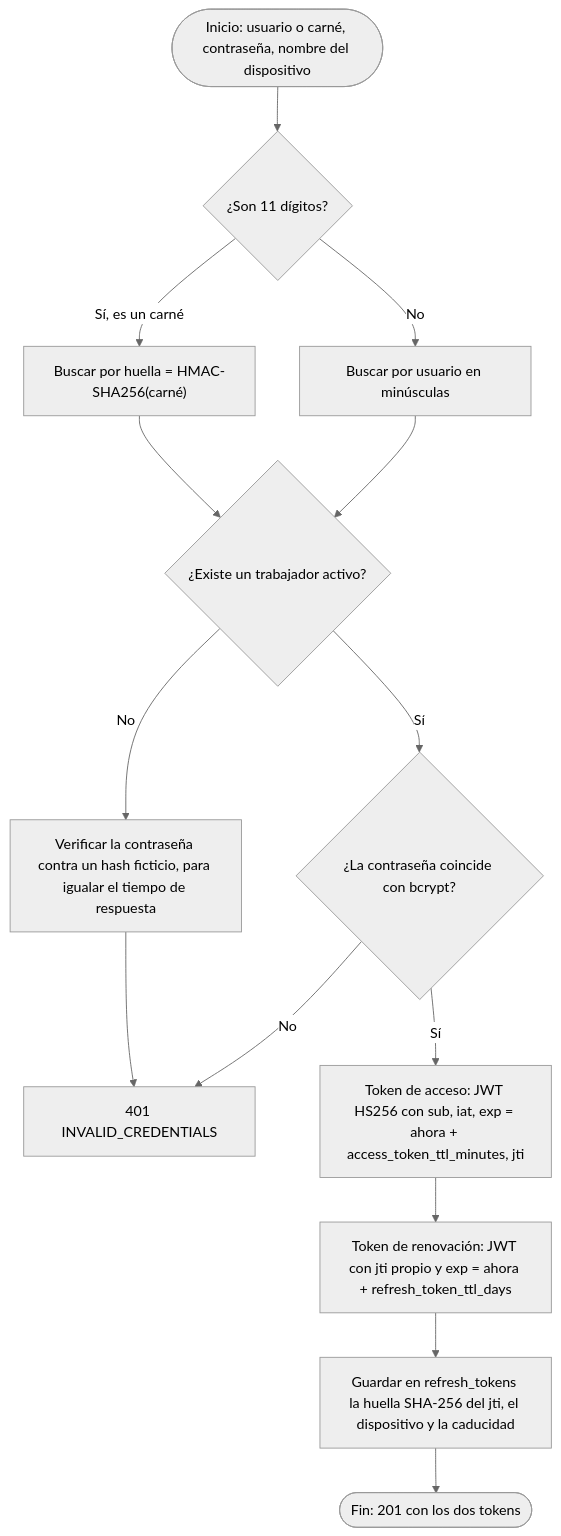
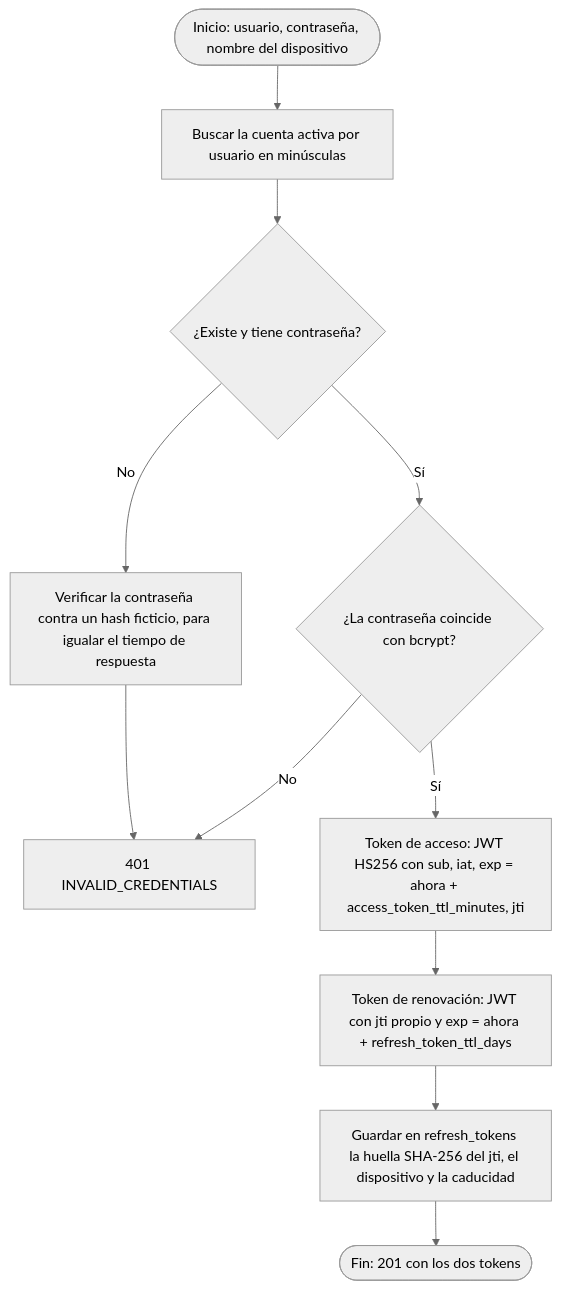
The third of 30 diagrams in docs/07-algoritmos.md (maicolalmaralestamayo/MiRuta), drawn with Mermaid (neutral theme) before and after one commit. The commit also changed other lines of this file and 10 other files, not shown here.

````diff
--- a/docs/07-algoritmos.md
+++ b/docs/07-algoritmos.md
@@ -99,16 +92,13 @@
 ```mermaid
 flowchart TD
-    A(["Inicio: usuario o carné, contraseña, nombre del dispositivo"]) --> B{"¿Son 11 dígitos?"}
-    B -->|Sí, es un carné| B1["Buscar por huella = HMAC-SHA256(carné)"]
-    B -->|No| B2["Buscar por usuario en minúsculas"]
-    B1 --> C{"¿Existe un trabajador activo?"}
-    B2 --> C
+    A(["Inicio: usuario, contraseña, nombre del dispositivo"]) --> B["Buscar la cuenta activa por usuario en minúsculas"]
+    B --> C{"¿Existe y tiene contraseña?"}
     C -->|No| D["Verificar la contraseña contra un hash ficticio, para igualar el tiempo de respuesta"]
     D --> X["401 INVALID_CREDENTIALS"]
     C -->|Sí| E{"¿La contraseña coincide con bcrypt?"}
     E -->|No| X
     E -->|Sí| F["Token de acceso: JWT HS256 con sub, iat, exp = ahora + access_token_ttl_minutes, jti"]
     F --> G["Token de renovación: JWT con jti propio y exp = ahora + refresh_token_ttl_days"]
     G --> H["Guardar en refresh_tokens la huella SHA-256 del jti, el dispositivo y la caducidad"]
     H --> Z(["Fin: 201 con los dos tokens"])
 ```
````
